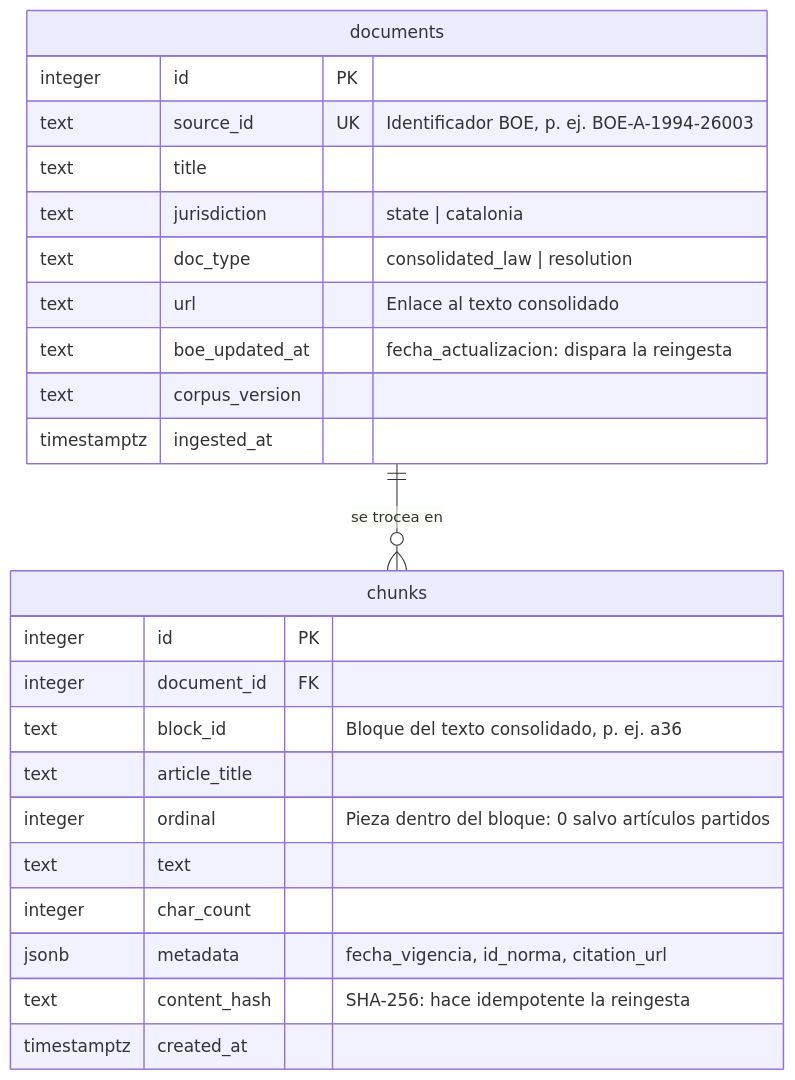
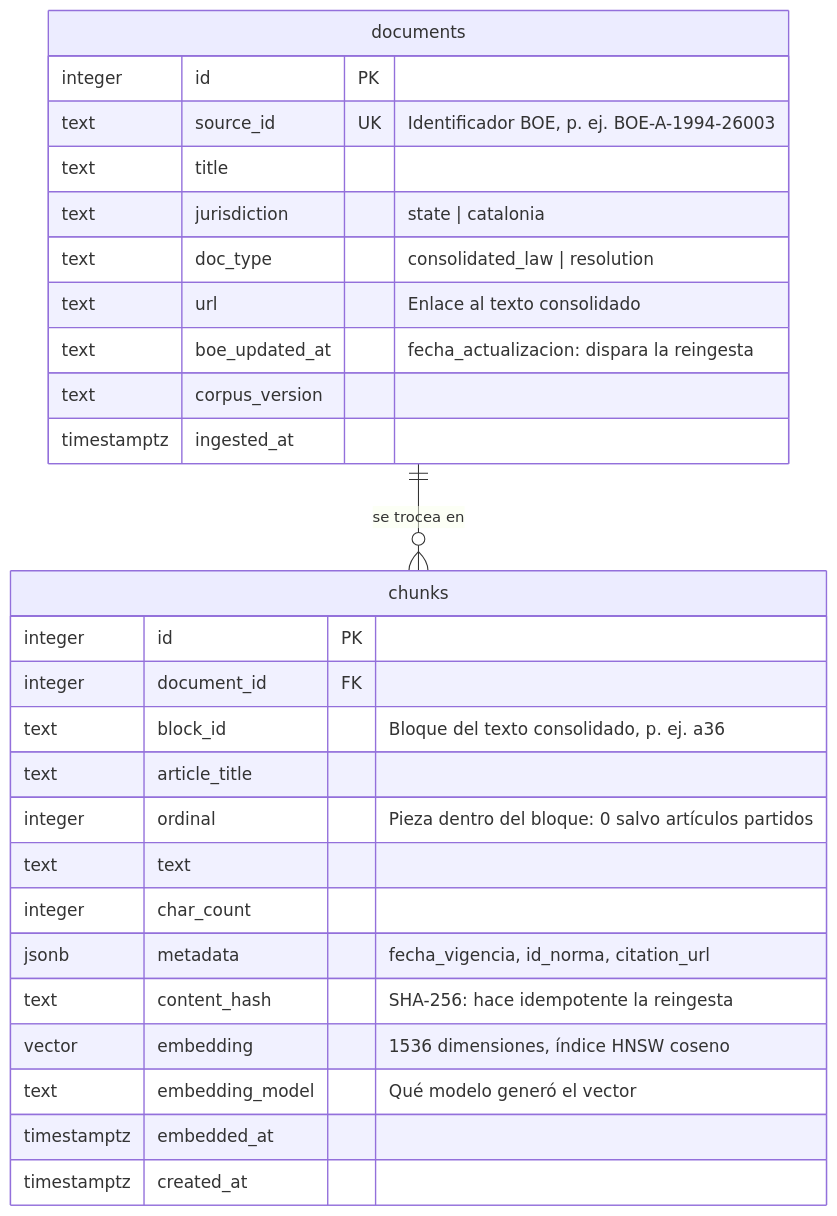
One commit to alexgraupera/AI4Devs-finalproject-AG changed the diagram in README.md. Above: the diagram before and after it, drawn with Mermaid. The commit also changed other lines of this file and 25 other files, not shown here.

````diff
--- a/README.md
+++ b/README.md
@@ -316,29 +333,32 @@
 ```mermaid
 erDiagram
     documents ||--o{ chunks : "se trocea en"
 
     documents {
         integer id PK
         text source_id UK "Identificador BOE, p. ej. BOE-A-1994-26003"
         text title
         text jurisdiction "state | catalonia"
         text doc_type "consolidated_law | resolution"
         text url "Enlace al texto consolidado"
         text boe_updated_at "fecha_actualizacion: dispara la reingesta"
         text corpus_version
         timestamptz ingested_at
     }
 
     chunks {
         integer id PK
         integer document_id FK
         text block_id "Bloque del texto consolidado, p. ej. a36"
         text article_title
         integer ordinal "Pieza dentro del bloque: 0 salvo artículos partidos"
         text text
         integer char_count
         jsonb metadata "fecha_vigencia, id_norma, citation_url"
         text content_hash "SHA-256: hace idempotente la reingesta"
+        vector embedding "1536 dimensiones, índice HNSW coseno"
+        text embedding_model "Qué modelo generó el vector"
+        timestamptz embedded_at
         timestamptz created_at
     }
 ```
````
